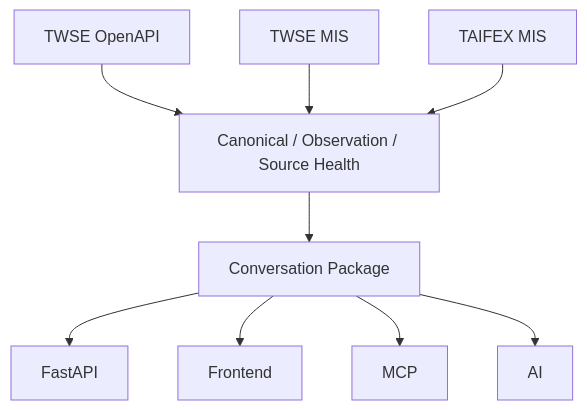
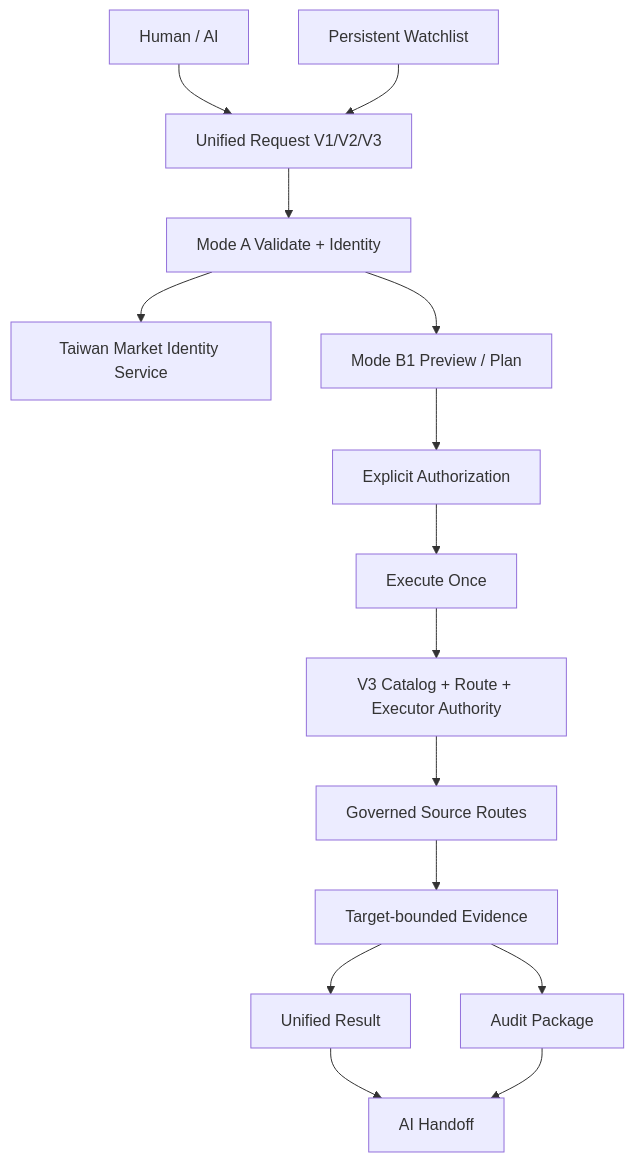
One commit to SmartyJohnway/tw-market-live-data-intelligence changed the diagram in docs/architecture/DATA_FLOW.md. Above: the diagram before and after it, drawn with Mermaid. The commit also changed other lines of this file, not shown here.

Commit message:
docs(governance): rebuild current data flow

````diff
--- a/docs/architecture/DATA_FLOW.md
+++ b/docs/architecture/DATA_FLOW.md
@@ -3,11 +3,18 @@
 ```mermaid
 flowchart TB
-  TWSE_OPENAPI[TWSE OpenAPI] --> CANON[Canonical / Observation / Source Health]
-  TWSE_MIS[TWSE MIS] --> CANON
-  TAIFEX_MIS[TAIFEX MIS] --> CANON
-  CANON --> CONV[Conversation Package]
-  CONV --> API[FastAPI]
-  CONV --> FE[Frontend]
-  CONV --> MCP[MCP]
-  CONV --> AI[AI]
+    U[Human / AI] --> REQ[Unified Request V1/V2/V3]
+    REQ --> A[Mode A Validate + Identity]
+    A --> SM[Taiwan Market Identity Service]
+    A --> B1[Mode B1 Preview / Plan]
+    B1 --> AUTH[Explicit Authorization]
+    AUTH --> EX[Execute Once]
+    EX --> ROUTE[V3 Catalog + Route + Executor Authority]
+    ROUTE --> SRC[Governed Source Routes]
+    SRC --> EVID[Target-bounded Evidence]
+    EVID --> RES[Unified Result]
+    EVID --> AUD[Audit Package]
+    RES --> HAND[AI Handoff]
+    AUD --> HAND
+
+    WL[Persistent Watchlist] --> REQ
 ```
````
